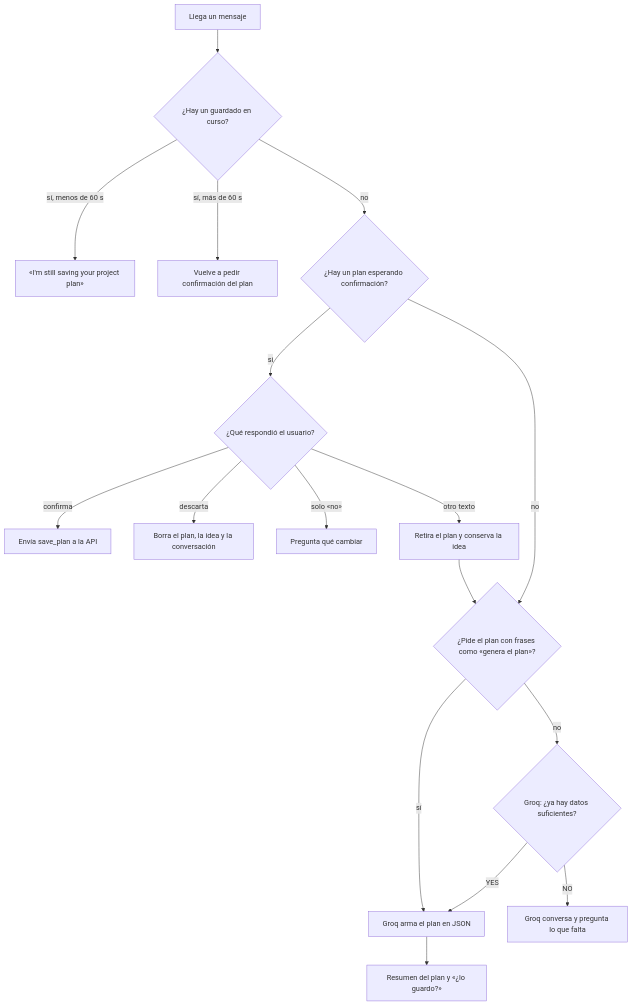
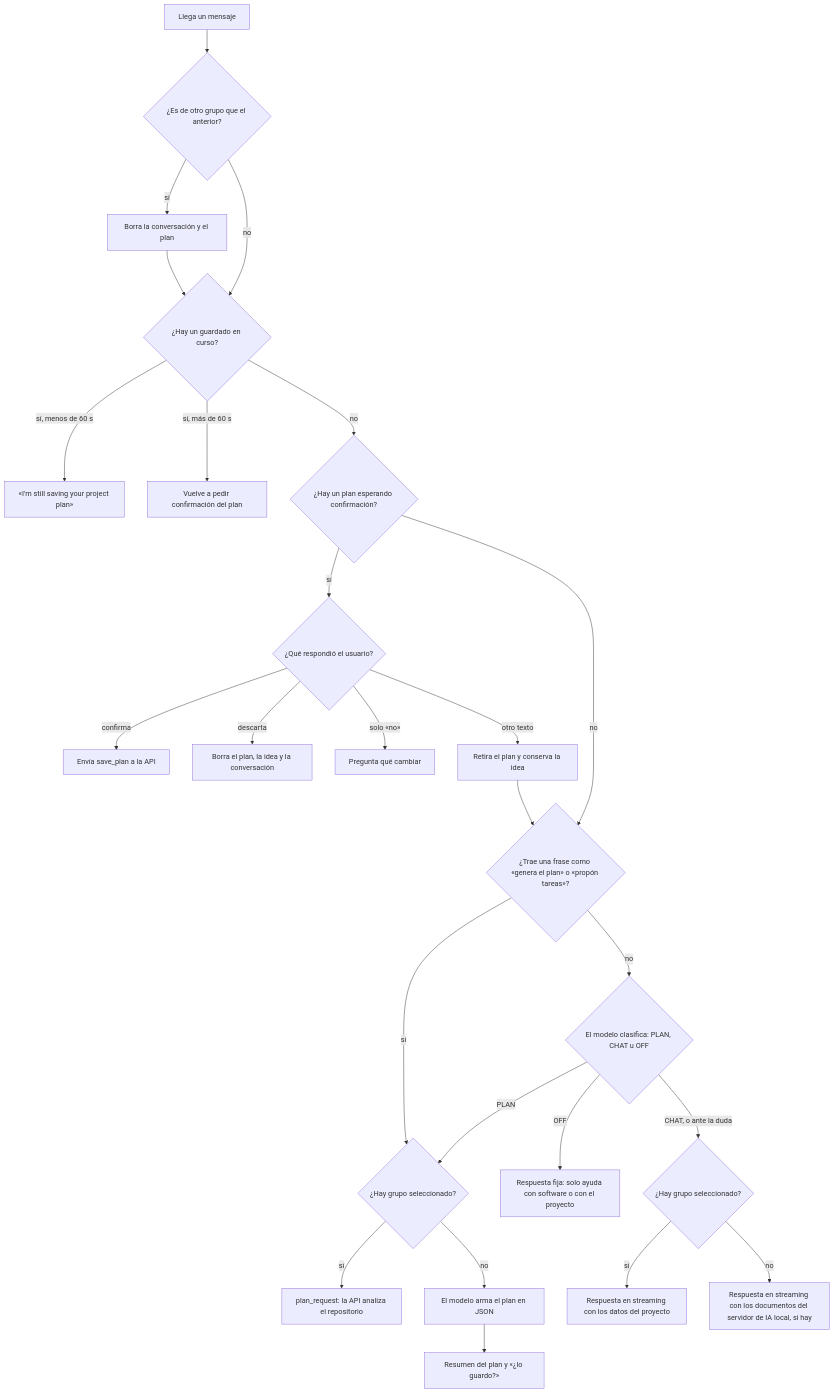
Before and after one commit to PabloP150/proyecto-is-cc6: the third of 4 diagrams in documentacion/06-flujos/05-chat-ia.md, drawn with Mermaid. The commit also changed other lines of this file and 204 other files, not shown here.

First line of the commit message:
docs: update all documentation, diagrams and PNGs to the test/e2e state

````diff
--- a/documentacion/06-flujos/05-chat-ia.md
+++ b/documentacion/06-flujos/05-chat-ia.md
@@ -65,19 +74,27 @@
 ```mermaid
 flowchart TD
-    M["Llega un mensaje"] --> P{"¿Hay un guardado en curso?"}
+    M["Llega un mensaje"] --> G{"¿Es de otro grupo que el anterior?"}
+    G -->|"sí"| GR["Borra la conversación y el plan"]
+    G -->|"no"| P{"¿Hay un guardado en curso?"}
+    GR --> P
     P -->|"sí, menos de 60 s"| W["«I'm still saving your project plan»"]
     P -->|"sí, más de 60 s"| R2["Vuelve a pedir confirmación del plan"]
     P -->|"no"| C{"¿Hay un plan esperando confirmación?"}
     C -->|"sí"| K{"¿Qué respondió el usuario?"}
     K -->|"confirma"| S["Envía save_plan a la API"]
     K -->|"descarta"| D["Borra el plan, la idea y la conversación"]
     K -->|"solo «no»"| Q["Pregunta qué cambiar"]
     K -->|"otro texto"| X["Retira el plan y conserva la idea"]
-    C -->|"no"| T{"¿Pide el plan con frases como «genera el plan»?"}
+    C -->|"no"| T{"¿Trae una frase como «genera el plan» o «propón tareas»?"}
     X --> T
-    T -->|"sí"| G["Groq arma el plan en JSON"]
-    T -->|"no"| Y{"Groq: ¿ya hay datos suficientes?"}
-    Y -->|"YES"| G
-    Y -->|"NO"| H["Groq conversa y pregunta lo que falta"]
-    G --> PM["Resumen del plan y «¿lo guardo?»"]
+    T -->|"sí"| PL{"¿Hay grupo seleccionado?"}
+    T -->|"no"| Y{"El modelo clasifica: PLAN, CHAT u OFF"}
+    Y -->|"PLAN"| PL
+    Y -->|"OFF"| O["Respuesta fija: solo ayuda con software o con el proyecto"]
+    Y -->|"CHAT, o ante la duda"| CH{"¿Hay grupo seleccionado?"}
+    PL -->|"sí"| PR["plan_request: la API analiza el repositorio"]
+    PL -->|"no"| G2["El modelo arma el plan en JSON"]
+    G2 --> PM["Resumen del plan y «¿lo guardo?»"]
+    CH -->|"sí"| A1["Respuesta en streaming con los datos del proyecto"]
+    CH -->|"no"| A2["Respuesta en streaming con los documentos del servidor de IA local, si hay"]
 ```
````
